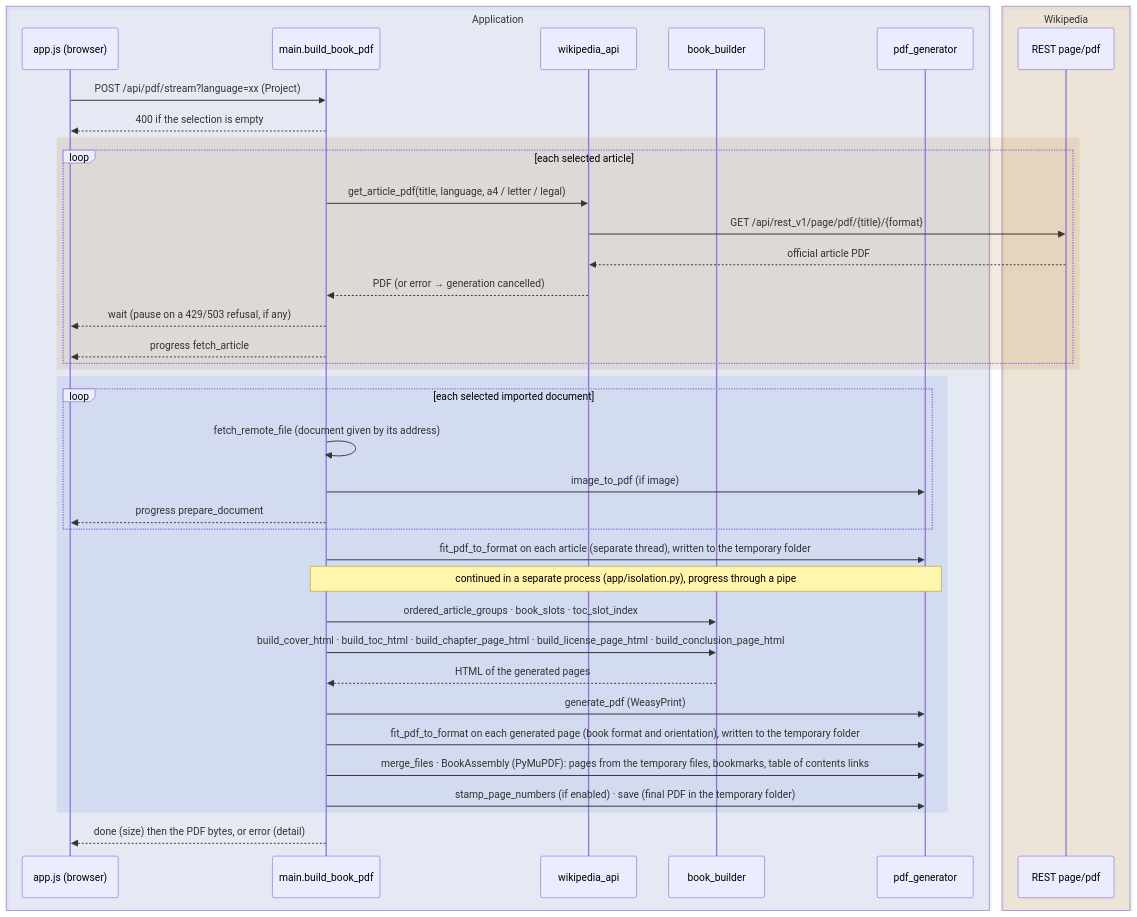
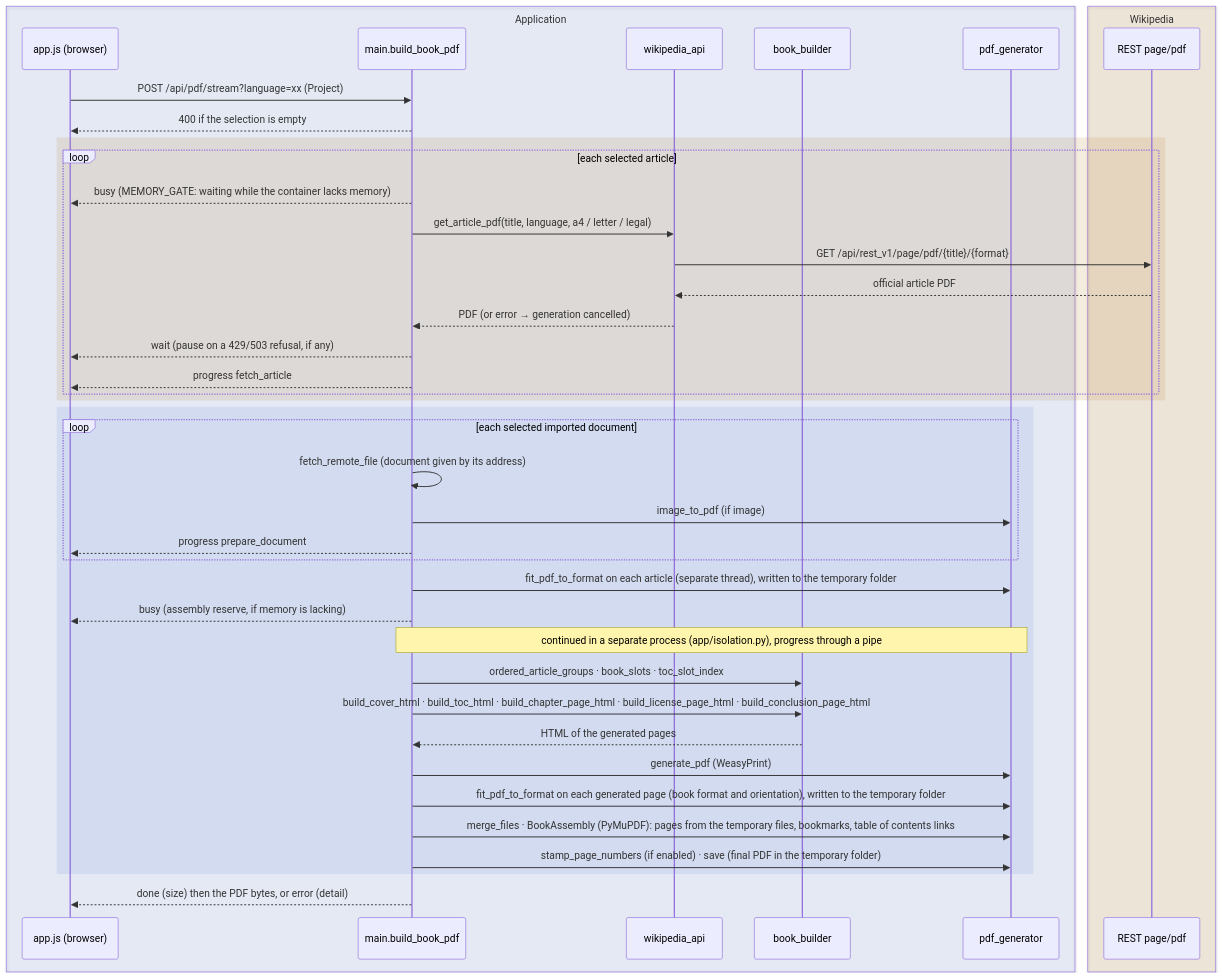
Before and after one commit to gmoulard/wikipedia2book: the second of 2 diagrams in docs/SPECIFICATIONS.en.md, drawn with Mermaid. The commit also changed other lines of this file and 21 other files, not shown here.

````diff
--- a/docs/SPECIFICATIONS.en.md
+++ b/docs/SPECIFICATIONS.en.md
@@ -1004,43 +1020,45 @@
 ```mermaid
 sequenceDiagram
     box rgba(51,102,204,0.10) Application
         participant U as app.js (browser)
         participant M as main.build_book_pdf
         participant W as wikipedia_api
         participant B as book_builder
         participant P as pdf_generator
     end
     box rgba(172,102,0,0.12) Wikipedia
         participant R as REST page/pdf
     end
 
     U->>M: POST /api/pdf/stream?language=xx (Project)
     M-->>U: 400 if the selection is empty
     rect rgba(172,102,0,0.12)
         loop each selected article
+            M-->>U: busy (MEMORY_GATE: waiting while the container lacks memory)
             M->>W: get_article_pdf(title, language, a4 / letter / legal)
             W->>R: GET /api/rest_v1/page/pdf/{title}/{format}
             R-->>W: official article PDF
             W-->>M: PDF (or error → generation cancelled)
             M-->>U: wait (pause on a 429/503 refusal, if any)
             M-->>U: progress fetch_article
         end
     end
     rect rgba(51,102,204,0.10)
         loop each selected imported document
             M->>M: fetch_remote_file (document given by its address)
             M->>P: image_to_pdf (if image)
             M-->>U: progress prepare_document
         end
         M->>P: fit_pdf_to_format on each article (separate thread), written to the temporary folder
+        M-->>U: busy (assembly reserve, if memory is lacking)
         Note over M,P: continued in a separate process (app/isolation.py), progress through a pipe
         M->>B: ordered_article_groups · book_slots · toc_slot_index
         M->>B: build_cover_html · build_toc_html · build_chapter_page_html · build_license_page_html · build_conclusion_page_html
         B-->>M: HTML of the generated pages
         M->>P: generate_pdf (WeasyPrint)
         M->>P: fit_pdf_to_format on each generated page (book format and orientation), written to the temporary folder
         M->>P: merge_files · BookAssembly (PyMuPDF): pages from the temporary files, bookmarks, table of contents links
         M->>P: stamp_page_numbers (if enabled) · save (final PDF in the temporary folder)
     end
     M-->>U: done (size) then the PDF bytes, or error (detail)
 ```
````
